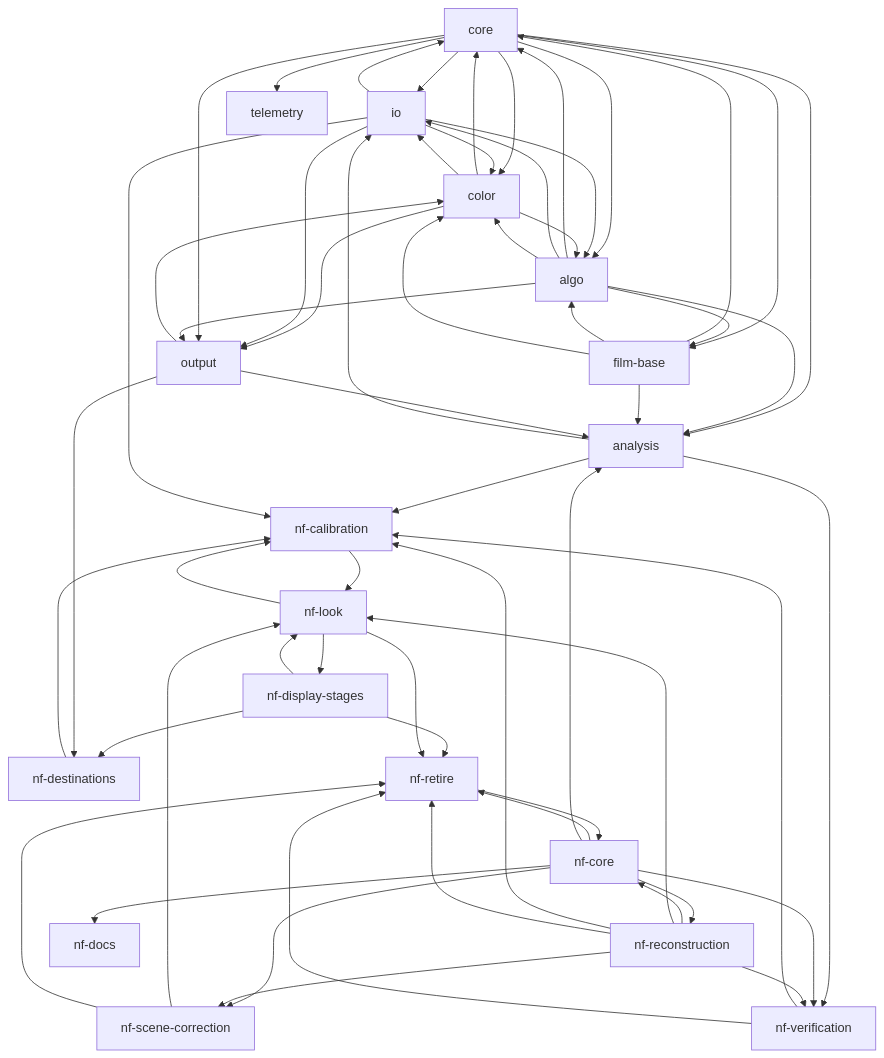
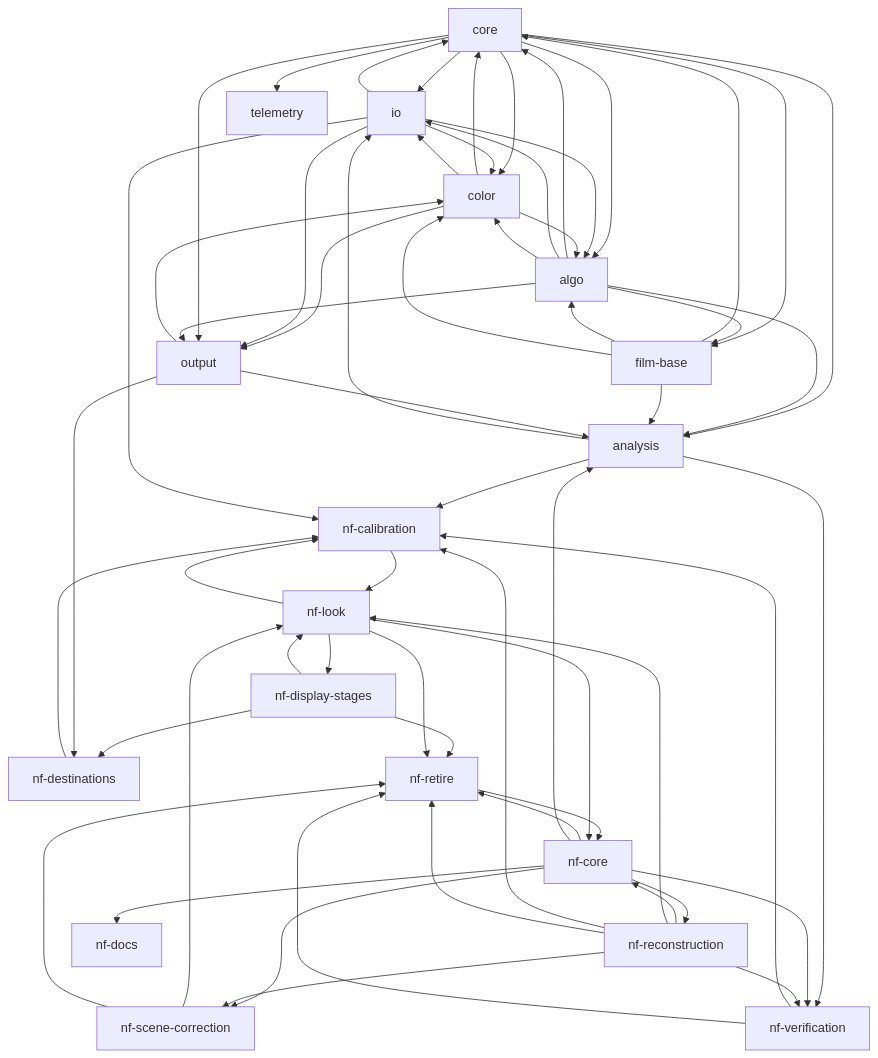
Before and after one commit to lix42/hanten: the first of 2 diagrams in docs/TASKS.md, drawn with Mermaid. The commit also changed other lines of this file and 21 other files, not shown here.

````diff
--- a/docs/TASKS.md
+++ b/docs/TASKS.md
@@ -98,78 +98,79 @@
 ```mermaid
 graph TD
   core
   io
   film-base
   algo
   color
   output
   telemetry
   analysis
   nf-core
   nf-reconstruction
   nf-scene-correction
   nf-look
   nf-display-stages
   nf-destinations
   nf-calibration
   nf-verification
   nf-retire
   nf-docs
   core --> io
   core --> color
   core --> film-base
   core --> algo
   io --> core
   color --> core
   film-base --> core
   algo --> core
   analysis --> io
   core --> analysis
   core --> telemetry
   algo --> analysis
   film-base --> analysis
   algo --> film-base
   io --> color
   io --> algo
   film-base --> algo
   color --> algo
   algo --> io
   algo --> color
   film-base --> color
   color --> output
   color --> io
   output --> color
   io --> output
   core --> output
   algo --> output
   output --> analysis
   nf-reconstruction --> nf-core
   nf-retire --> nf-core
   nf-core --> nf-reconstruction
   nf-core --> nf-scene-correction
   nf-reconstruction --> nf-scene-correction
   nf-scene-correction --> nf-look
   nf-reconstruction --> nf-look
   nf-look --> nf-display-stages
   nf-display-stages --> nf-look
   nf-display-stages --> nf-destinations
   output --> nf-destinations
   nf-destinations --> nf-calibration
   nf-verification --> nf-calibration
   analysis --> nf-calibration
   io --> nf-calibration
   nf-look --> nf-calibration
   nf-reconstruction --> nf-calibration
   nf-calibration --> nf-look
   analysis --> nf-verification
   nf-core --> nf-verification
   nf-reconstruction --> nf-verification
   nf-core --> nf-retire
   nf-verification --> nf-retire
   nf-display-stages --> nf-retire
   nf-reconstruction --> nf-retire
   nf-look --> nf-retire
+  nf-look --> nf-core
   nf-scene-correction --> nf-retire
   nf-core --> nf-docs
   nf-core --> analysis
 ```
````
